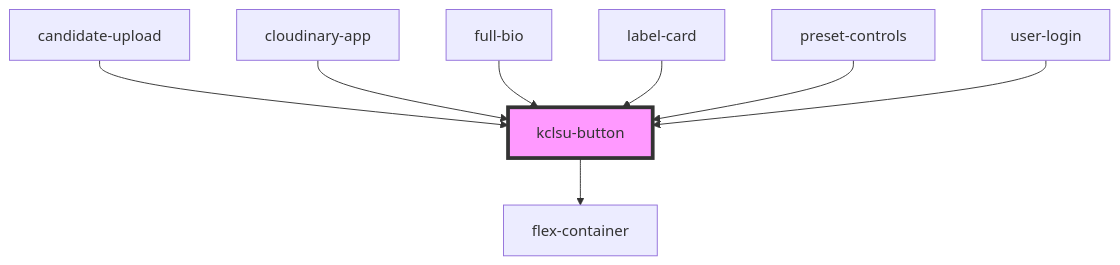
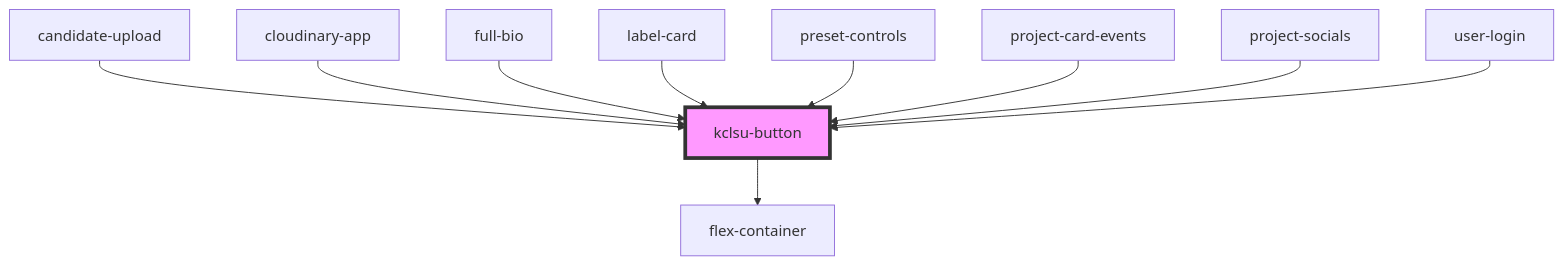
One commit to dev-kylo/component_library changed the diagram in src/components/buttons/kclsu-button/readme.md. Above: the diagram before and after it, drawn with Mermaid. The commit also changed other lines of this file and 33 other files, not shown here.

````diff
--- a/src/components/buttons/kclsu-button/readme.md
+++ b/src/components/buttons/kclsu-button/readme.md
@@ -50,11 +52,13 @@
 ```mermaid
 graph TD;
   kclsu-button --> flex-container
   candidate-upload --> kclsu-button
   cloudinary-app --> kclsu-button
   full-bio --> kclsu-button
   label-card --> kclsu-button
   preset-controls --> kclsu-button
+  project-card-events --> kclsu-button
+  project-socials --> kclsu-button
   user-login --> kclsu-button
   style kclsu-button fill:#f9f,stroke:#333,stroke-width:4px
 ```
````
